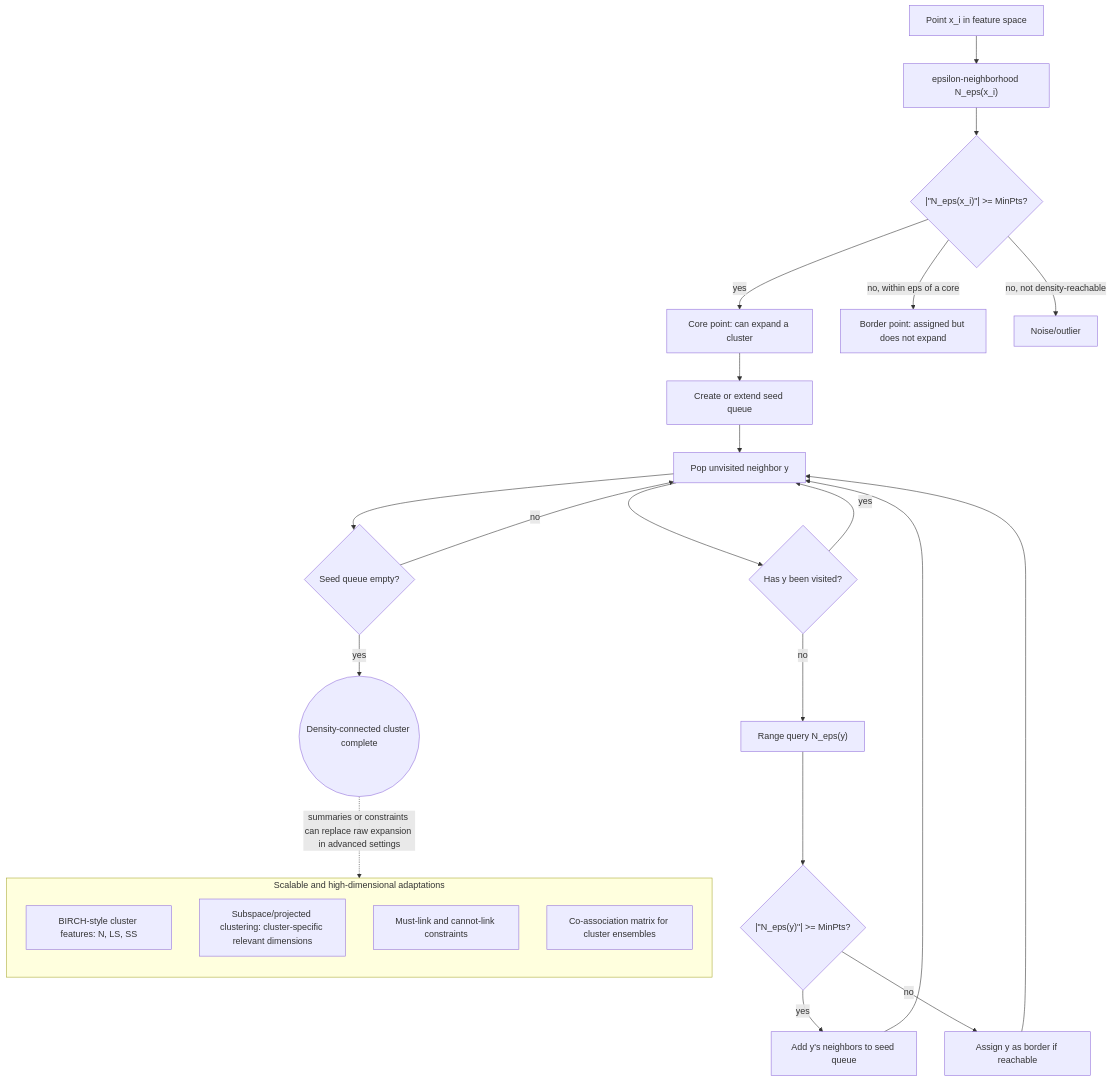
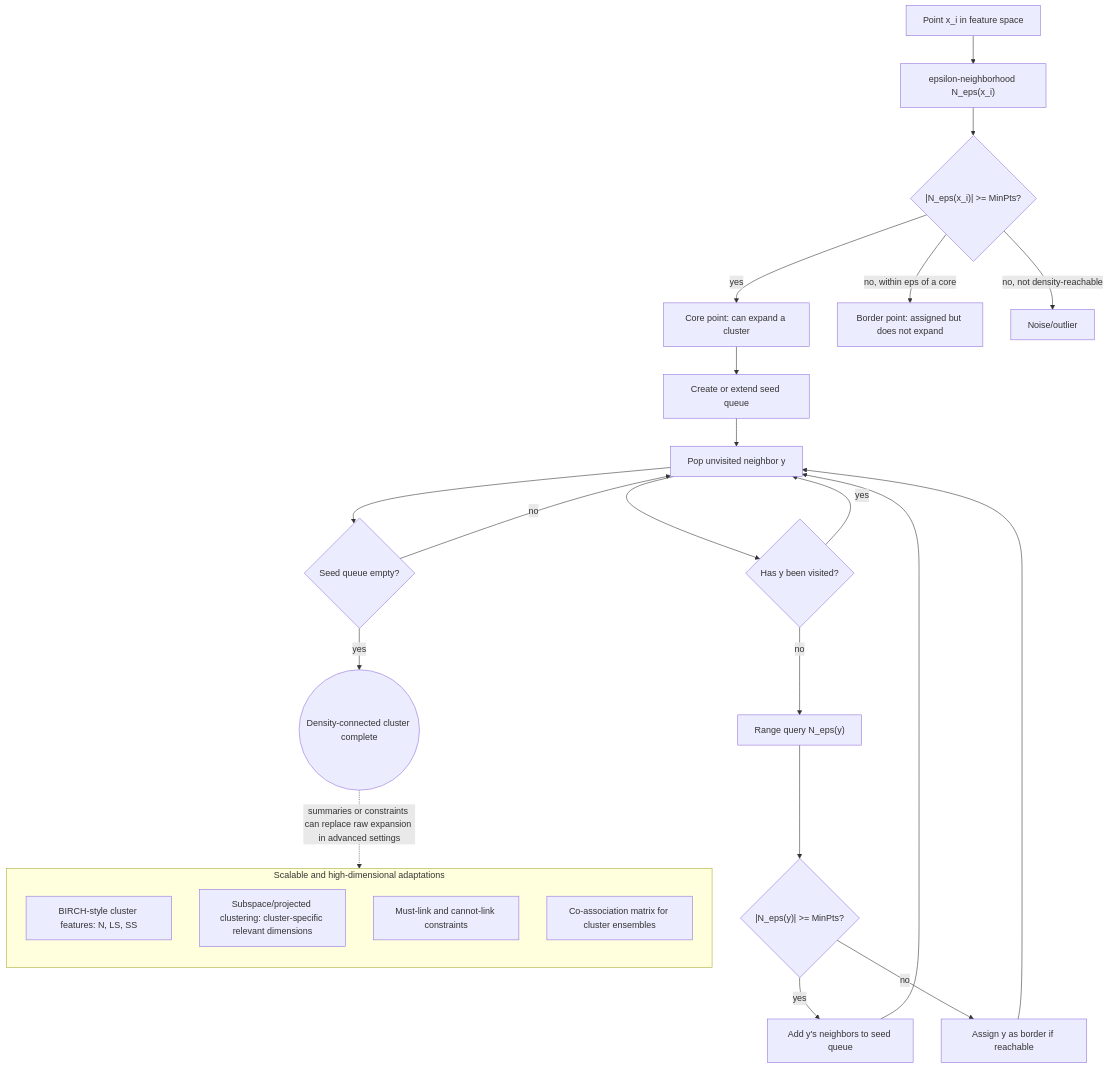
The diagram in docs/cs/data-mining/chapter-07-advanced-clustering.md (justinbrianhwang/SJ-wiki), drawn with Mermaid before and after one commit. The commit also changed 83 other files, not shown here.

Commit message:
Fix Mermaid #quot; artifacts from broken sanitizer + add fix-mermaid-broken-quot.py tool (77 files repaired)

````diff
--- a/docs/cs/data-mining/chapter-07-advanced-clustering.md
+++ b/docs/cs/data-mining/chapter-07-advanced-clustering.md
@@ -52,32 +52,32 @@
 ```mermaid
 flowchart TB
   X["Point x_i in feature space"] --> Region["epsilon-neighborhood N_eps(x_i)"]
-  Region --> Count{"|#quot;N_eps(x_i)#quot;| >= MinPts?"}
+  Region --> Count{"|N_eps(x_i)| >= MinPts?"}
   Count -- "yes" --> Core["Core point: can expand a cluster"]
   Count -- "no, within eps of a core" --> Border["Border point: assigned but does not expand"]
   Count -- "no, not density-reachable" --> Noise["Noise/outlier"]
 
   Core --> Seed["Create or extend seed queue"]
   Seed --> Pop["Pop unvisited neighbor y"]
   Pop --> Visit{"Has y been visited?"}
   Visit -- "no" --> Query["Range query N_eps(y)"]
-  Query --> IsCore{"|#quot;N_eps(y)#quot;| >= MinPts?"}
+  Query --> IsCore{"|N_eps(y)| >= MinPts?"}
   IsCore -- "yes" --> Merge["Add y's neighbors to seed queue"]
   IsCore -- "no" --> Assign["Assign y as border if reachable"]
   Merge --> Pop
   Assign --> Pop
   Visit -- "yes" --> Pop
   Pop --> Done{"Seed queue empty?"}
   Done -- "no" --> Pop
   Done -- "yes" --> Cluster(("Density-connected cluster complete"))
 
   subgraph Scalable["Scalable and high-dimensional adaptations"]
     direction TB
     CF["BIRCH-style cluster features: N, LS, SS"]
     Subspace["Subspace/projected clustering: cluster-specific relevant dimensions"]
     Constraints["Must-link and cannot-link constraints"]
     Ensemble["Co-association matrix for cluster ensembles"]
   end
 
   Cluster -. "summaries or constraints can replace raw expansion in advanced settings" .-> Scalable
 ```
````
